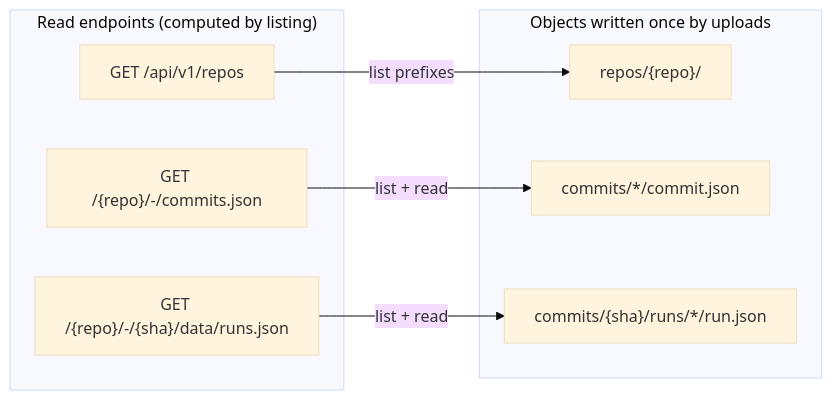
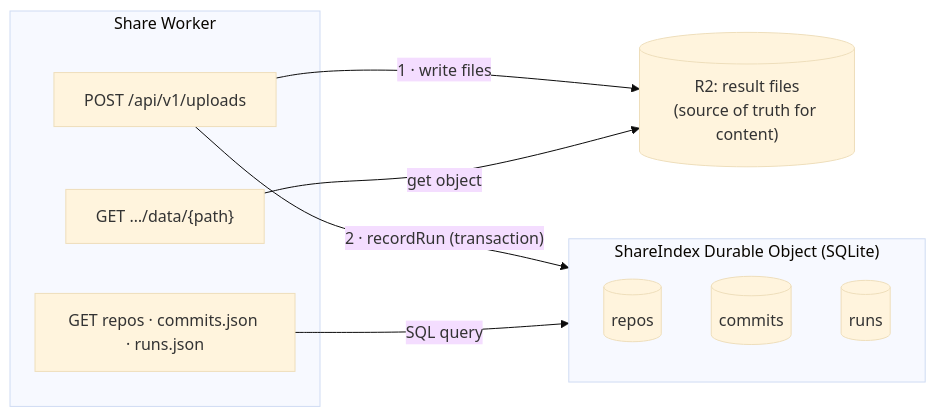
One commit to leostera/evalkit changed the fifth of 9 diagrams in docs/rfds/RFD0006-commit-provenance-and-share-server.md. Above: the diagram before and after it, drawn with Mermaid (base theme). The commit also changed other lines of this file, not shown here.

First line of the commit message:
docs(rfd): RFD0006 index share metadata in a Durable Object

````diff
--- a/docs/rfds/RFD0006-commit-provenance-and-share-server.md
+++ b/docs/rfds/RFD0006-commit-provenance-and-share-server.md
@@ -234,16 +222,18 @@
 ```mermaid
 flowchart LR
-  subgraph reads["Read endpoints (computed by listing)"]
-    repos["GET /api/v1/repos"]
-    commits["GET /{repo}/-/commits.json"]
-    runs["GET /{repo}/-/{sha}/data/runs.json"]
+  subgraph W["Share Worker"]
+    up["POST /api/v1/uploads"]
+    q["GET repos · commits.json · runs.json"]
+    f["GET …/data/{path}"]
   end
-  subgraph stored["Objects written once by uploads"]
-    rk["repos/{repo}/"]
-    cj["commits/*/commit.json"]
-    rj["commits/{sha}/runs/*/run.json"]
+  subgraph DO["ShareIndex Durable Object (SQLite)"]
+    t1[("repos")]
+    t2[("commits")]
+    t3[("runs")]
   end
-  repos -- "list prefixes" --> rk
-  commits -- "list + read" --> cj
-  runs -- "list + read" --> rj
+  R2[("R2: result files<br/>(source of truth for content)")]
+  up -- "1 · write files" --> R2
+  up -- "2 · recordRun (transaction)" --> DO
+  q -- "SQL query" --> DO
+  f -- "get object" --> R2
 ```
````
